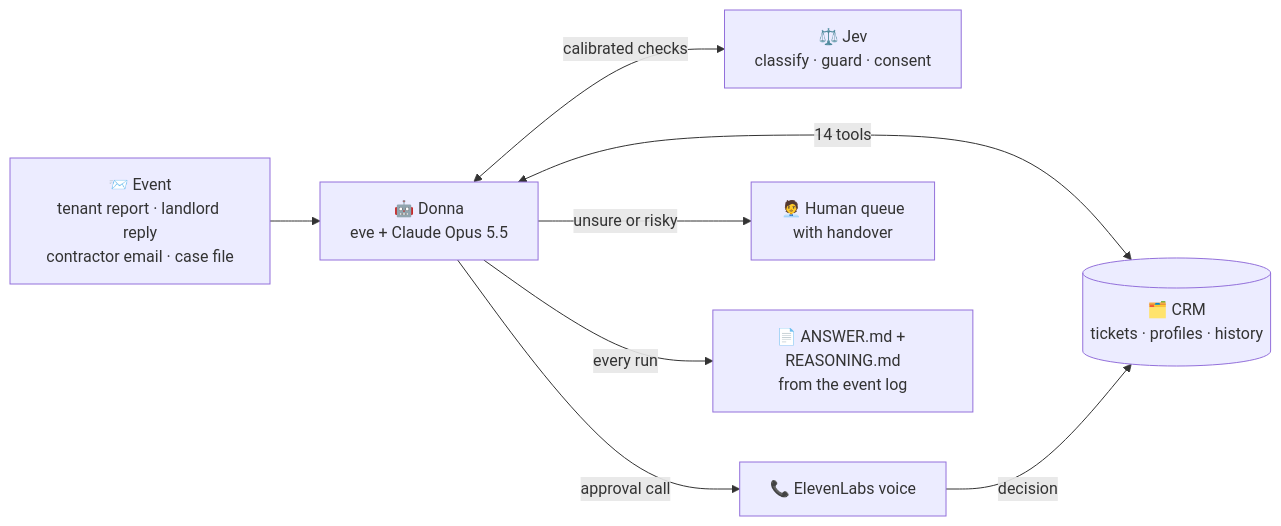
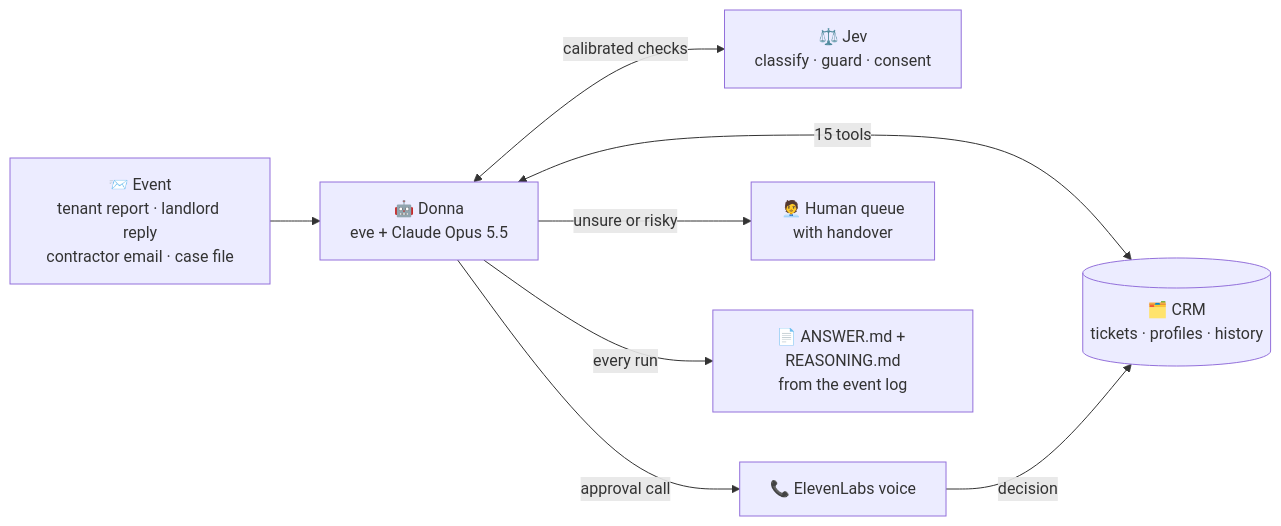
Before and after one commit to esh1306/askDonna: the first of 2 diagrams in README.md, drawn with Mermaid. The commit also changed other lines of this file and 141 other files, not shown here.

````diff
--- a/README.md
+++ b/README.md
@@ -44,10 +44,10 @@
 ```mermaid
 flowchart LR
     IN["📨 Event<br/>tenant report · landlord reply<br/>contractor email · case file"] --> D
-    D["🤖 Donna<br/>eve + Claude Opus 5.5"] <-->|14 tools| CRM[("🗂️ CRM<br/>tickets · profiles · history")]
+    D["🤖 Donna<br/>eve + Claude Opus 5.5"] <-->|15 tools| CRM[("🗂️ CRM<br/>tickets · profiles · history")]
     D <-->|calibrated checks| J["⚖️ Jev<br/>classify · guard · consent"]
     D -->|approval call| V["📞 ElevenLabs voice"]
     V -->|decision| CRM
     D -->|unsure or risky| H["🧑‍💼 Human queue<br/>with handover"]
     D -->|every run| A["📄 ANSWER.md + REASONING.md<br/>from the event log"]
 ```
````
